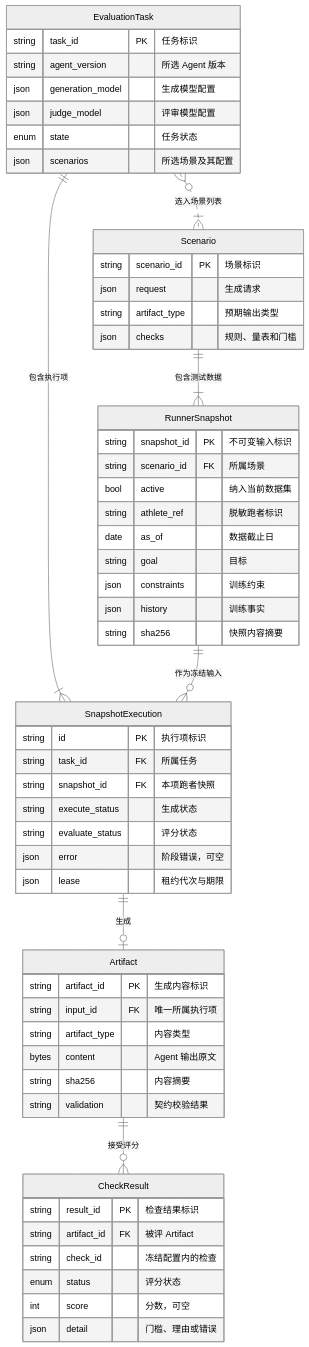
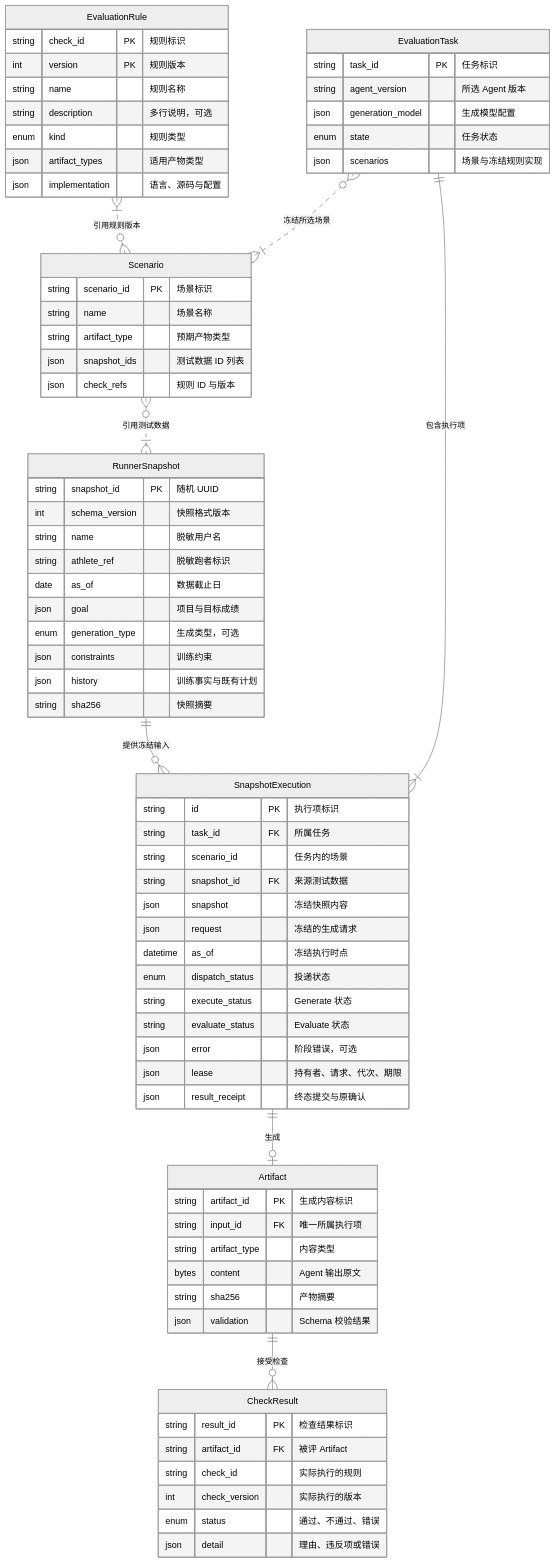
Before and after one commit to zhaochy1990/running: the second of 2 diagrams in docs/superpowers/specs/2026-11-23-offline-plan-eval.md, drawn with Mermaid (neutral theme). The commit also changed other lines of this file and 2 other files, not shown here.

````diff
--- a/docs/superpowers/specs/2026-11-23-offline-plan-eval.md
+++ b/docs/superpowers/specs/2026-11-23-offline-plan-eval.md
@@ -194,59 +238,76 @@
 ```mermaid
 erDiagram
+    EvaluationRule {
+        string check_id PK "规则标识"
+        int version PK "规则版本"
+        string name "规则名称"
+        string description "多行说明，可选"
+        enum kind "规则类型"
+        json artifact_types "适用产物类型"
+        json implementation "语言、源码与配置"
+    }
     Scenario {
         string scenario_id PK "场景标识"
-        json request "生成请求"
-        string artifact_type "预期输出类型"
-        json checks "规则、量表和门槛"
+        string name "场景名称"
+        string artifact_type "预期产物类型"
+        json snapshot_ids "测试数据 ID 列表"
+        json check_refs "规则 ID 与版本"
     }
     RunnerSnapshot {
-        string snapshot_id PK "不可变输入标识"
-        string scenario_id FK "所属场景"
-        bool active "纳入当前数据集"
+        string snapshot_id PK "随机 UUID"
+        int schema_version "快照格式版本"
+        string name "脱敏用户名"
         string athlete_ref "脱敏跑者标识"
         date as_of "数据截止日"
-        string goal "目标"
+        json goal "项目与目标成绩"
+        enum generation_type "生成类型，可选"
         json constraints "训练约束"
-        json history "训练事实"
-        string sha256 "快照内容摘要"
+        json history "训练事实与既有计划"
+        string sha256 "快照摘要"
+    }
+    EvaluationTask {
+        string task_id PK "任务标识"
+        string agent_version "所选 Agent 版本"
+        json generation_model "生成模型配置"
+        enum state "任务状态"
+        json scenarios "场景与冻结规则实现"
+    }
+    SnapshotExecution {
+        string id PK "执行项标识"
+        string task_id FK "所属任务"
+        string scenario_id "任务内的场景"
+        string snapshot_id FK "来源测试数据"
+        json snapshot "冻结快照内容"
+        json request "冻结的生成请求"
+        datetime as_of "冻结执行时点"
+        enum dispatch_status "投递状态"
+        string execute_status "Generate 状态"
+        string evaluate_status "Evaluate 状态"
+        json error "阶段错误，可选"
+        json lease "持有者、请求、代次、期限"
+        json result_receipt "终态提交与原确认"
     }
     Artifact {
         string artifact_id PK "生成内容标识"
         string input_id FK "唯一所属执行项"
         string artifact_type "内容类型"
         bytes content "Agent 输出原文"
-        string sha256 "内容摘要"
-        string validation "契约校验结果"
-    }
-    SnapshotExecution {
-        string id PK "执行项标识"
-        string task_id FK "所属任务"
-        string snapshot_id FK "本项跑者快照"
-        string execute_status "生成状态"
-        string evaluate_status "评分状态"
-        json error "阶段错误，可空"
-        json lease "租约代次与期限"
-    }
-    EvaluationTask {
-        string task_id PK "任务标识"
-        string agent_version "所选 Agent 版本"
-        json generation_model "生成模型配置"
-        json judge_model "评审模型配置"
-        enum state "任务状态"
-        json scenarios "所选场景及其配置"
+        string sha256 "产物摘要"
+        json validation "Schema 校验结果"
     }
     CheckResult {
         string result_id PK "检查结果标识"
         string artifact_id FK "被评 Artifact"
-        string check_id "冻结配置内的检查"
-        enum status "评分状态"
-        int score "分数，可空"
-        json detail "门槛、理由或错误"
+        string check_id "实际执行的规则"
+        int check_version "实际执行的版本"
+        enum status "通过、不通过、错误"
+        json detail "理由、违反项或错误"
     }
-    EvaluationTask }o..|{ Scenario : "选入场景列表"
+    EvaluationRule }|..o{ Scenario : "引用规则版本"
+    Scenario }o..|{ RunnerSnapshot : "引用测试数据"
+    EvaluationTask }o..|{ Scenario : "冻结所选场景"
     EvaluationTask ||--|{ SnapshotExecution : "包含执行项"
-    RunnerSnapshot ||--o{ SnapshotExecution : "作为冻结输入"
+    RunnerSnapshot ||--o{ SnapshotExecution : "提供冻结输入"
     SnapshotExecution ||--o| Artifact : "生成"
-    Artifact ||--o{ CheckResult : "接受评分"
-    Scenario ||--|{ RunnerSnapshot : "包含测试数据"
+    Artifact ||--o{ CheckResult : "接受检查"
 ```
````
